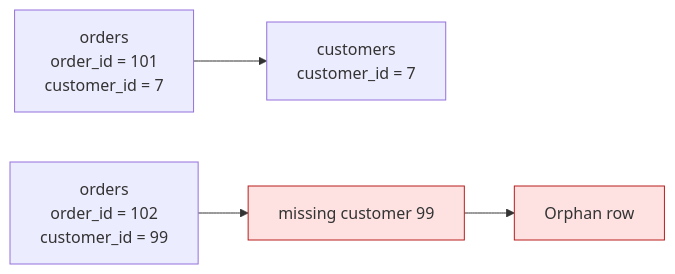
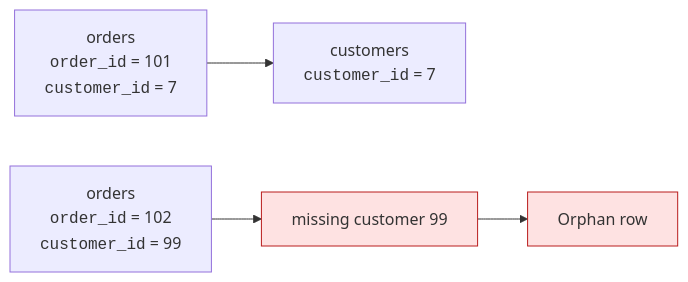
One commit to dataslope/dataslope changed the first of 8 diagrams in content/learn/database-design-postgresql/referential-integrity.mdx. Above: the diagram before and after it, drawn with Mermaid. The commit also changed other lines of this file and 153 other files, not shown here.

First line of the commit message:
Render code-only mermaid shapes in monospace; convert step sequences to Steps

````diff
--- a/content/learn/database-design-postgresql/referential-integrity.mdx
+++ b/content/learn/database-design-postgresql/referential-integrity.mdx
@@ -19,7 +19,7 @@
 ```mermaid
 flowchart LR
-    O["orders<br/>order_id = 101<br/>customer_id = 7"] --> C["customers<br/>customer_id = 7"]
-    X["orders<br/>order_id = 102<br/>customer_id = 99"] --> M["missing customer 99"]:::bad
+    O["orders<br/><code>order_id</code> = 101<br/><code>customer_id</code> = 7"] --> C["customers<br/><code>customer_id</code> = 7"]
+    X["orders<br/><code>order_id</code> = 102<br/><code>customer_id</code> = 99"] --> M["missing customer 99"]:::bad
     M --> P["Orphan row"]:::bad
     classDef bad fill:#fee2e2,stroke:#b91c1c
 ```
````
